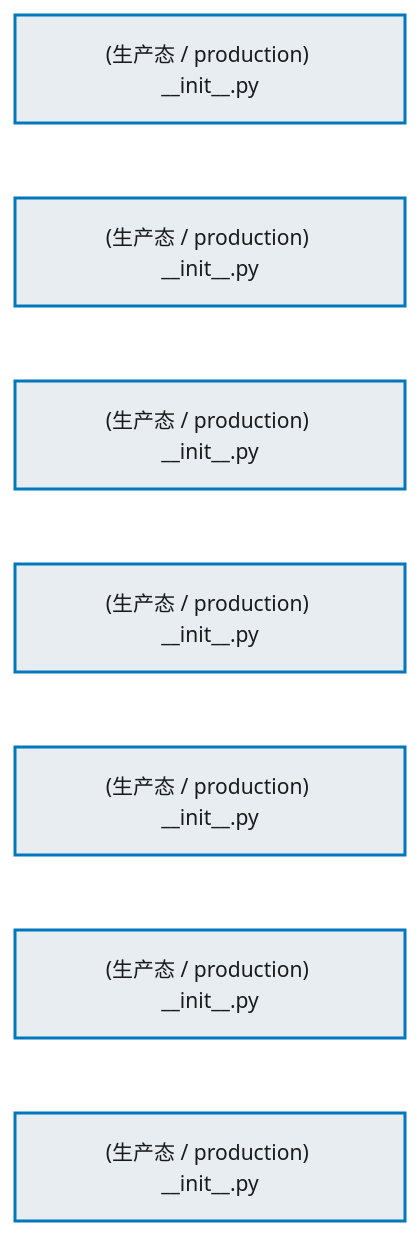
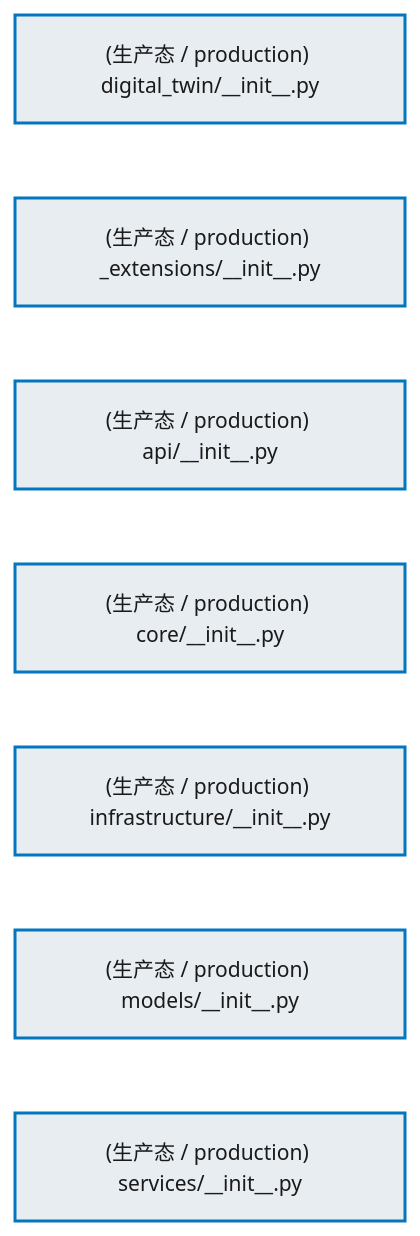
One commit to xuanFelixVan/ZephyrAlpha changed the first of 2 diagrams in docs/02_enterprise_architecture/02_domain_architecture_docs/42_d_digital_twin.md. Above: the diagram before and after it, drawn with Mermaid. The commit also changed other lines of this file and 63 other files, not shown here.

````diff
--- a/docs/02_enterprise_architecture/02_domain_architecture_docs/42_d_digital_twin.md
+++ b/docs/02_enterprise_architecture/02_domain_architecture_docs/42_d_digital_twin.md
@@ -67,22 +67,22 @@
 ```mermaid
 %%{init: {'theme': 'base', 'themeVariables': {'primaryColor': '#eaeaea', 'primaryTextColor': '#333333', 'primaryBorderColor': '#666666', 'lineColor': '#666666', 'secondaryColor': '#eaeaea', 'tertiaryColor': '#eaeaea', 'fontSize': '14px'}}}%%
 flowchart TD
-    src_zephyr_digital_twin_init_py["(生产态 / production) __init__.py"]
-    src_zephyr_digital_twin_extensions_init_py["(生产态 / production) __init__.py"]
-    src_zephyr_digital_twin_api_init_py["(生产态 / production) __init__.py"]
-    src_zephyr_digital_twin_core_init_py["(生产态 / production) __init__.py"]
-    src_zephyr_digital_twin_infrastructure_init_py["(生产态 / production) __init__.py"]
-    src_zephyr_digital_twin_models_init_py["(生产态 / production) __init__.py"]
-    src_zephyr_digital_twin_services_init_py["(生产态 / production) __init__.py"]
+    src_zephyr_digital_twin_init_py["(生产态 / production) digital_twin/__init__.py"]
+    src_zephyr_digital_twin_extensions_init_py["(生产态 / production) _extensions/__init__.py"]
+    src_zephyr_digital_twin_api_init_py["(生产态 / production) api/__init__.py"]
+    src_zephyr_digital_twin_core_init_py["(生产态 / production) core/__init__.py"]
+    src_zephyr_digital_twin_infrastructure_init_py["(生产态 / production) infrastructure/__init__.py"]
+    src_zephyr_digital_twin_models_init_py["(生产态 / production) models/__init__.py"]
+    src_zephyr_digital_twin_services_init_py["(生产态 / production) services/__init__.py"]
     src_zephyr_digital_twin_init_py ~~~ src_zephyr_digital_twin_extensions_init_py
     src_zephyr_digital_twin_extensions_init_py ~~~ src_zephyr_digital_twin_api_init_py
     src_zephyr_digital_twin_api_init_py ~~~ src_zephyr_digital_twin_core_init_py
     src_zephyr_digital_twin_core_init_py ~~~ src_zephyr_digital_twin_infrastructure_init_py
     src_zephyr_digital_twin_infrastructure_init_py ~~~ src_zephyr_digital_twin_models_init_py
     src_zephyr_digital_twin_models_init_py ~~~ src_zephyr_digital_twin_services_init_py
     classDef production fill:#e8edf2,stroke:#0277bd,stroke-width:2px,color:#1a1a1a
     classDef design fill:#f0ebe3,stroke:#bf360c,stroke-width:2px,color:#1a1a1a,stroke-dasharray: 5 5
     classDef external_prod fill:#e8efe9,stroke:#1b5e20,stroke-width:1px,color:#1a1a1a
     classDef external_design fill:#efe5ea,stroke:#880e4f,stroke-width:1px,color:#1a1a1a,stroke-dasharray: 5 5
     class src_zephyr_digital_twin_init_py,src_zephyr_digital_twin_extensions_init_py,src_zephyr_digital_twin_api_init_py,src_zephyr_digital_twin_core_init_py,src_zephyr_digital_twin_infrastructure_init_py,src_zephyr_digital_twin_models_init_py,src_zephyr_digital_twin_services_init_py production
 ```
````
